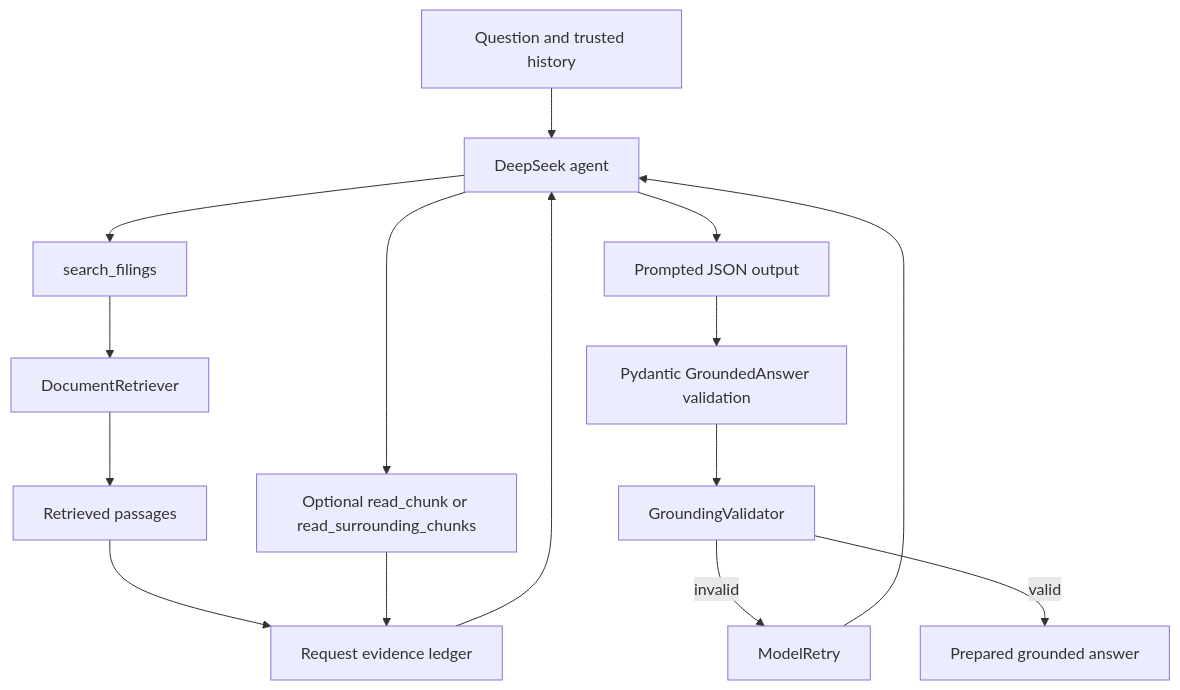
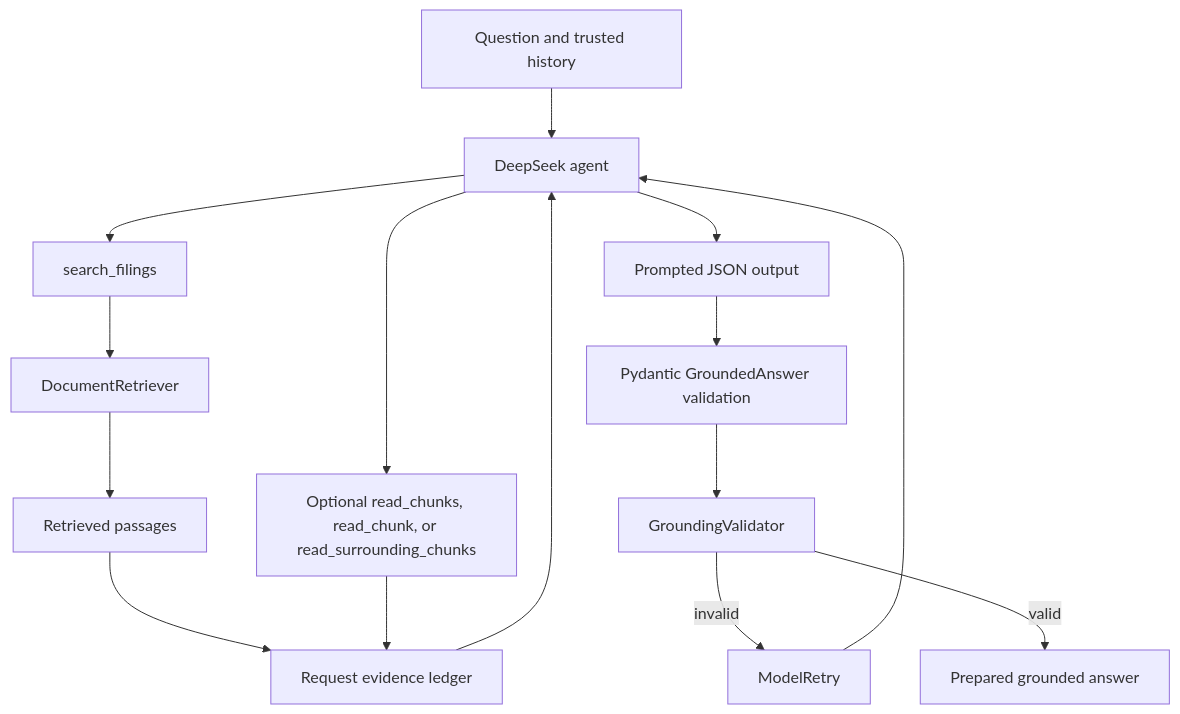
The diagram in backend/app/assistant/README.md (yiningshen/AI-Financial-Research-Copilot), drawn with Mermaid before and after one commit. The commit also changed other lines of this file and 27 other files, not shown here.

First line of the commit message:
Add answer charts, split agent tools, and title threads

````diff
--- a/backend/app/assistant/README.md
+++ b/backend/app/assistant/README.md
@@ -10,17 +10,17 @@
 ```mermaid
 flowchart TD
     A[Question and trusted history] --> B[DeepSeek agent]
     B --> C[search_filings]
     C --> D[DocumentRetriever]
     D --> E[Retrieved passages]
     E --> F[Request evidence ledger]
     F --> B
-    B --> G[Optional read_chunk or read_surrounding_chunks]
+    B --> G[Optional read_chunks, read_chunk, or read_surrounding_chunks]
     G --> F
     B --> H[Prompted JSON output]
     H --> I[Pydantic GroundedAnswer validation]
     I --> J[GroundingValidator]
     J -->|invalid| K[ModelRetry]
     K --> B
     J -->|valid| L[Prepared grounded answer]
 ```
````
